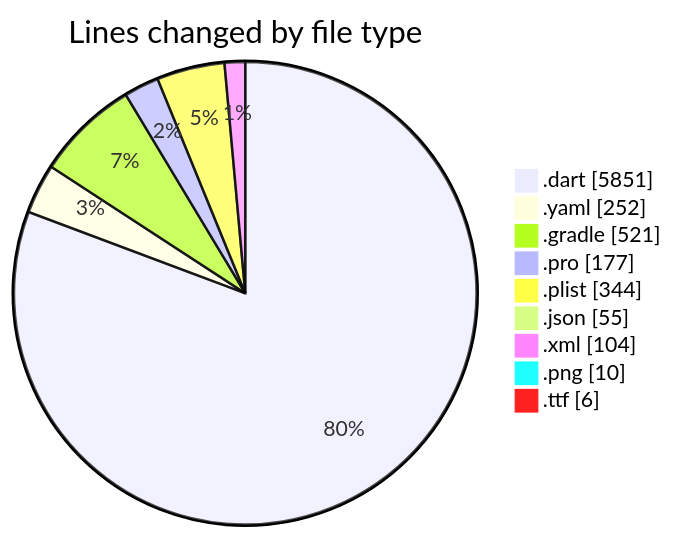
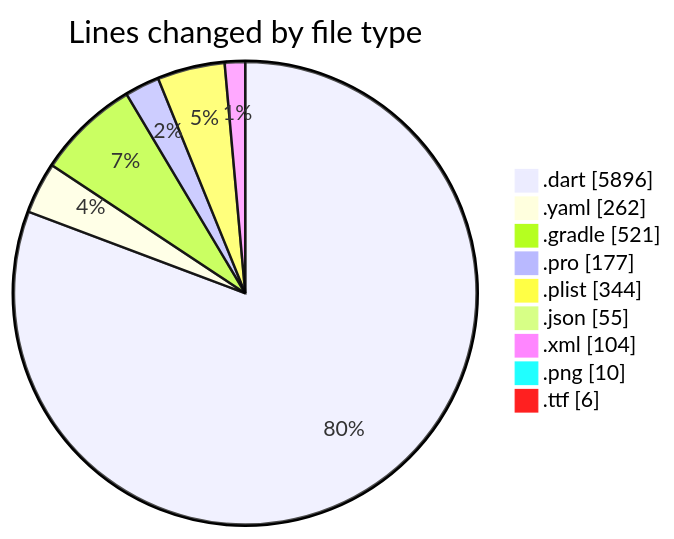
The first of 2 diagrams in 2025-07-29/appproject/README.md (lephambinh05/code-tracking), drawn with Mermaid before and after one commit. The commit also changed other lines of this file and 1 other file, not shown here.

````diff
--- a/2025-07-29/appproject/README.md
+++ b/2025-07-29/appproject/README.md
@@ -56,13 +56,13 @@
 ```mermaid
 pie showData
 title Lines changed by file type
-".dart" : 5851
-".yaml" : 252
+".dart" : 5896
+".yaml" : 262
 ".gradle" : 521
 ".pro" : 177
 ".plist" : 344
 ".json" : 55
 ".xml" : 104
 ".png" : 10
 ".ttf" : 6
 ```
````
